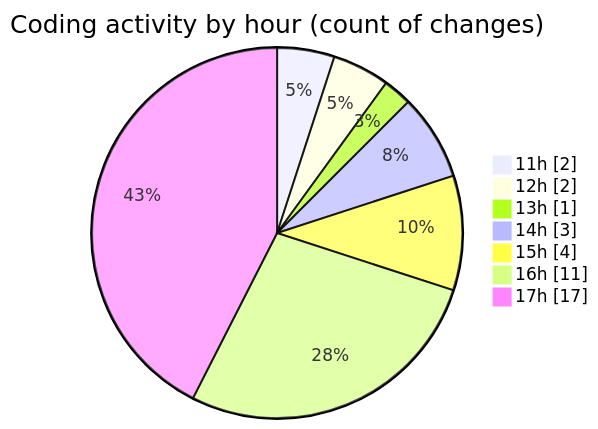
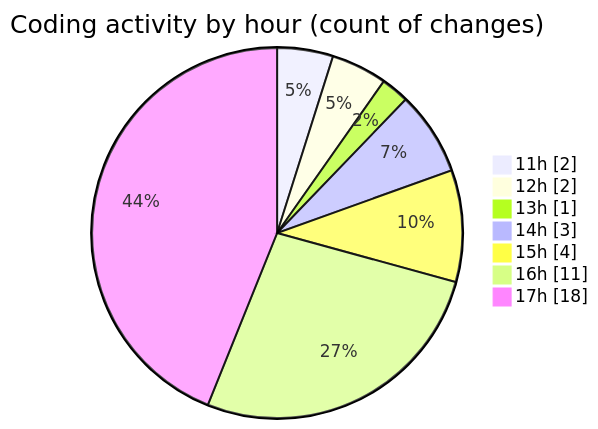
Before and after one commit to nxtqubesakshisongat/code-tracking: the second of 2 diagrams in 2025-10-10/nxtqube_webapp/README.md, drawn with Mermaid. The commit also changed other lines of this file and 1 other file, not shown here.

````diff
--- a/2025-10-10/nxtqube_webapp/README.md
+++ b/2025-10-10/nxtqube_webapp/README.md
@@ -35,11 +36,11 @@
 ```mermaid
 pie showData
 title Coding activity by hour (count of changes)
 "11h" : 2
 "12h" : 2
 "13h" : 1
 "14h" : 3
 "15h" : 4
 "16h" : 11
-"17h" : 17
+"17h" : 18
 ```
````
